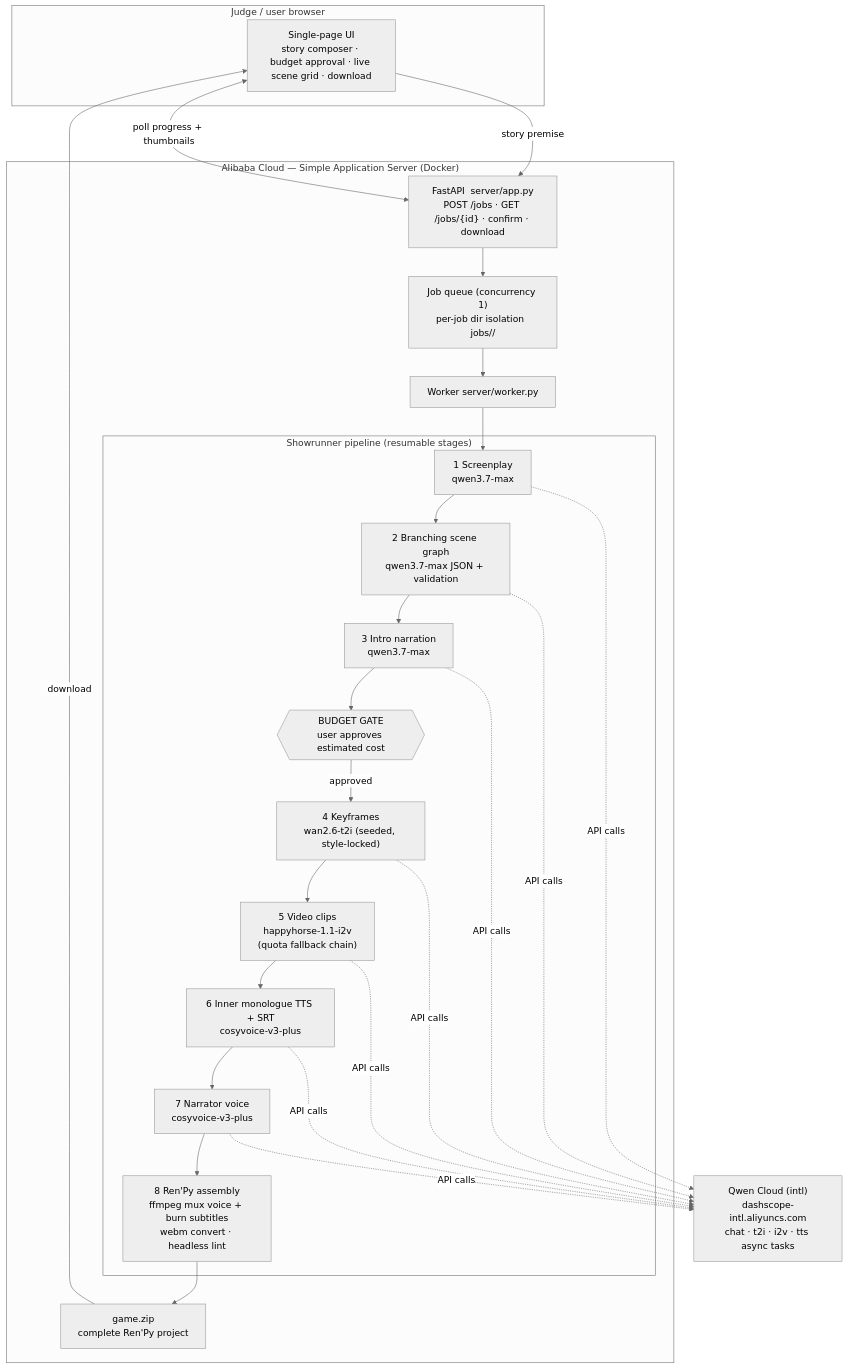
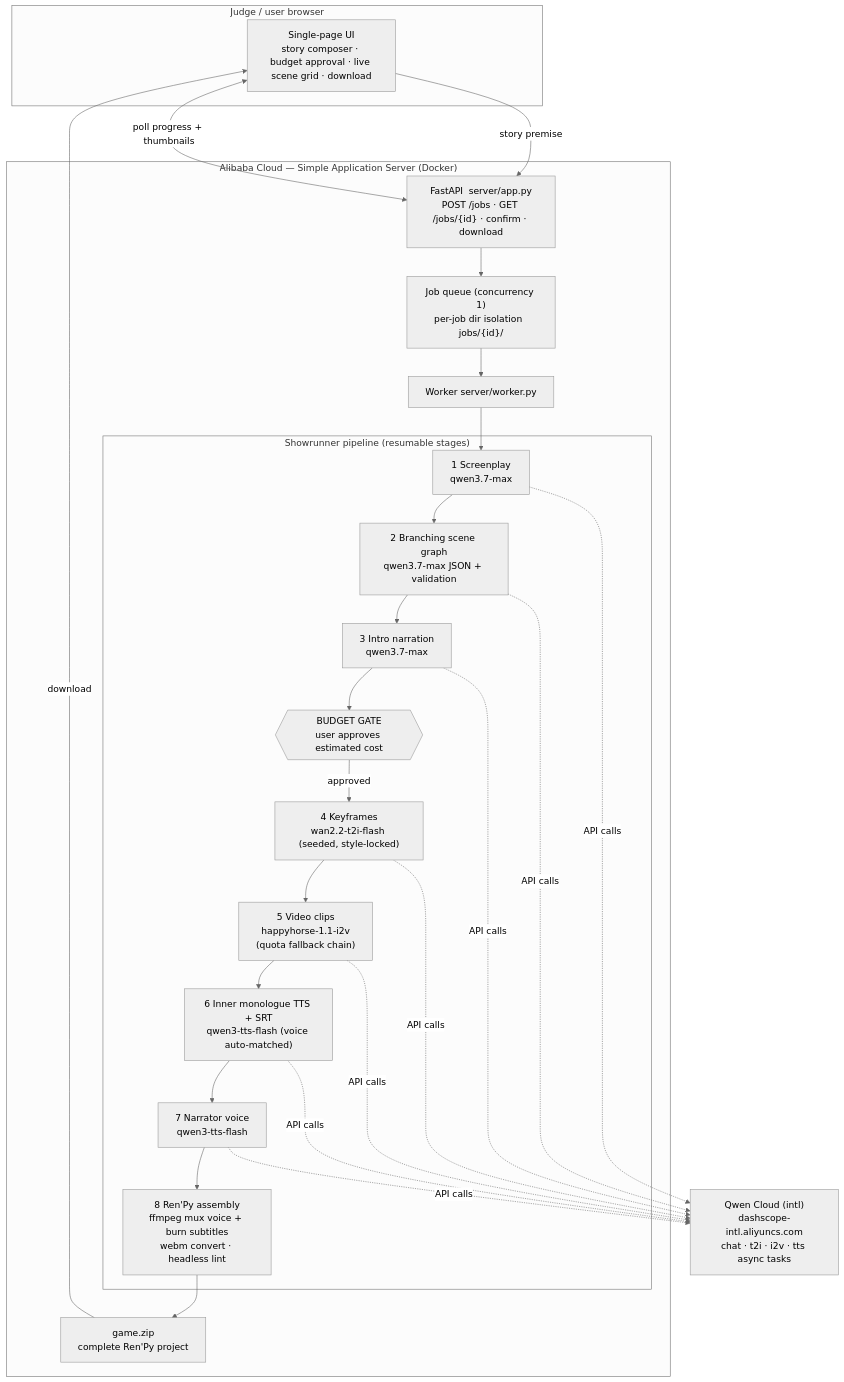
The diagram in docs/architecture.mmd (wiguo/ai-showrunner), drawn with Mermaid (neutral theme) before and after one commit.

Commit message:
Update architecture diagram to verified models; export PNG
Claude-Session: https://claude.ai/code/session_01Wq7wjUs9VGdMBHB8AzRtAL

```diff
--- a/docs/architecture.mmd
+++ b/docs/architecture.mmd
@@ -1,31 +1,31 @@
 flowchart TB
     subgraph Client["Judge / user browser"]
         UI["Single-page UI\nstory composer · budget approval · live scene grid · download"]
     end
 
     subgraph ALI["Alibaba Cloud — Simple Application Server (Docker)"]
         API["FastAPI  server/app.py\nPOST /jobs · GET /jobs/{id} · confirm · download"]
-        QUEUE["Job queue (concurrency 1)\nper-job dir isolation  jobs/<id>/"]
+        QUEUE["Job queue (concurrency 1)\nper-job dir isolation  jobs/{id}/"]
         WORKER["Worker  server/worker.py"]
         subgraph PIPE["Showrunner pipeline (resumable stages)"]
             S1["1 Screenplay\nqwen3.7-max"]
             S2["2 Branching scene graph\nqwen3.7-max JSON + validation"]
             S3["3 Intro narration\nqwen3.7-max"]
             GATE{{"BUDGET GATE\nuser approves estimated cost"}}
-            S4["4 Keyframes\nwan2.6-t2i (seeded, style-locked)"]
+            S4["4 Keyframes\nwan2.2-t2i-flash (seeded, style-locked)"]
             S5["5 Video clips\nhappyhorse-1.1-i2v\n(quota fallback chain)"]
-            S6["6 Inner monologue TTS + SRT\ncosyvoice-v3-plus"]
-            S7["7 Narrator voice\ncosyvoice-v3-plus"]
+            S6["6 Inner monologue TTS + SRT\nqwen3-tts-flash (voice auto-matched)"]
+            S7["7 Narrator voice\nqwen3-tts-flash"]
             S8["8 Ren'Py assembly\nffmpeg mux voice + burn subtitles\nwebm convert · headless lint"]
         end
         ZIP["game.zip\ncomplete Ren'Py project"]
     end
 
     QWEN["Qwen Cloud (intl)\ndashscope-intl.aliyuncs.com\nchat · t2i · i2v · tts async tasks"]
 
     UI -->|"story premise"| API --> QUEUE --> WORKER
     WORKER --> S1 --> S2 --> S3 --> GATE
     GATE -->|"approved"| S4 --> S5 --> S6 --> S7 --> S8 --> ZIP
     S1 & S2 & S3 & S4 & S5 & S6 & S7 -.->|"API calls"| QWEN
     UI <-->|"poll progress + thumbnails"| API
     ZIP -->|"download"| UI
```
